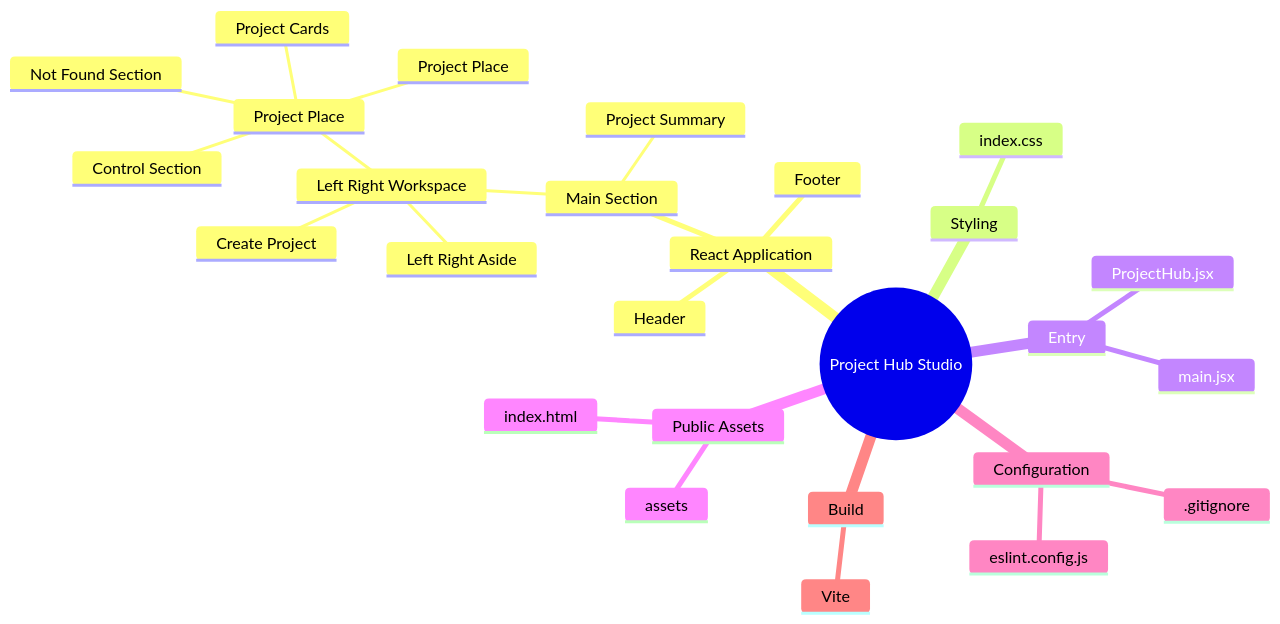
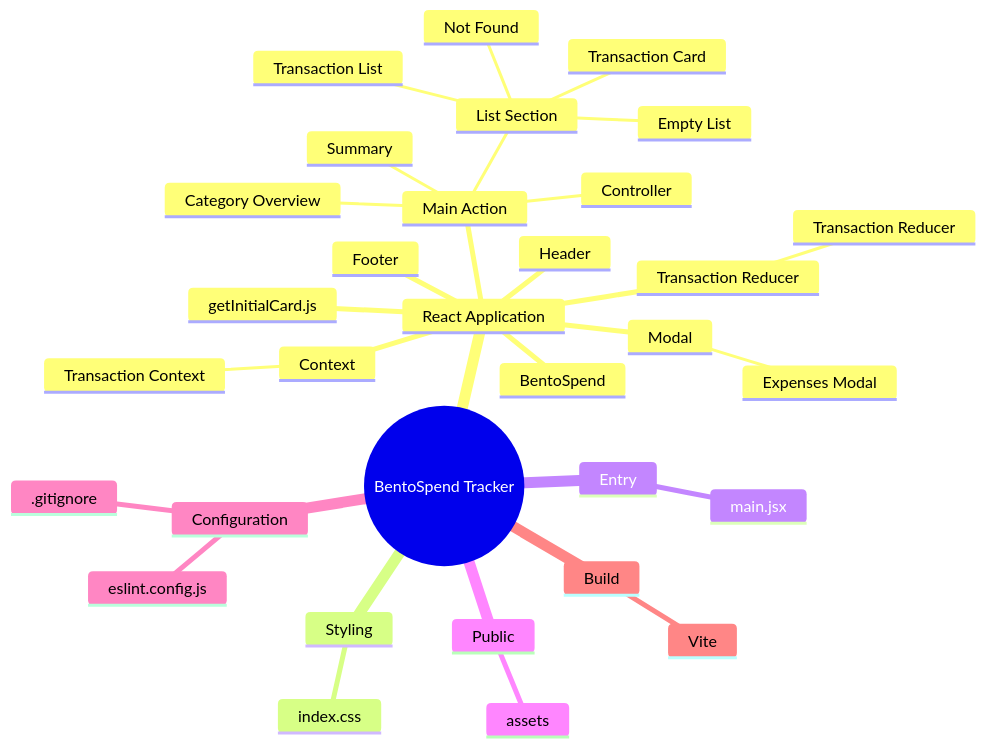
The diagram in README.md (Sohan68/BentoSpend-Tracker), drawn with Mermaid before and after one commit. The commit also changed other lines of this file, not shown here.

First line of the commit message:
Revise README for BentoSpend Tracker project

````diff
--- a/README.md
+++ b/README.md
@@ -60,30 +53,35 @@
 ```mermaid
 mindmap
-  root((Project Hub Studio))
+  root((BentoSpend Tracker))
     React Application
       Header
-      Main Section
-        Left Right Workspace
-          Create Project
-          Project Place
-            Control Section
-            Not Found Section
-            Project Cards
-            Project Place
-          Left Right Aside
-        Project Summary
+      Main Action
+        List Section
+          Empty List
+          Not Found
+          Transaction Card
+          Transaction List
+        Category Overview
+        Controller
+        Summary
+      Context
+        Transaction Context
+      Modal
+        Expenses Modal
+      Transaction Reducer
+        Transaction Reducer
+      BentoSpend
       Footer
+      getInitialCard.js
     Styling
       index.css
     Entry
       main.jsx
-      ProjectHub.jsx
-    Public Assets
+    Public
       assets
-      index.html
     Configuration
       eslint.config.js
       .gitignore
     Build
       Vite
 ```
````
